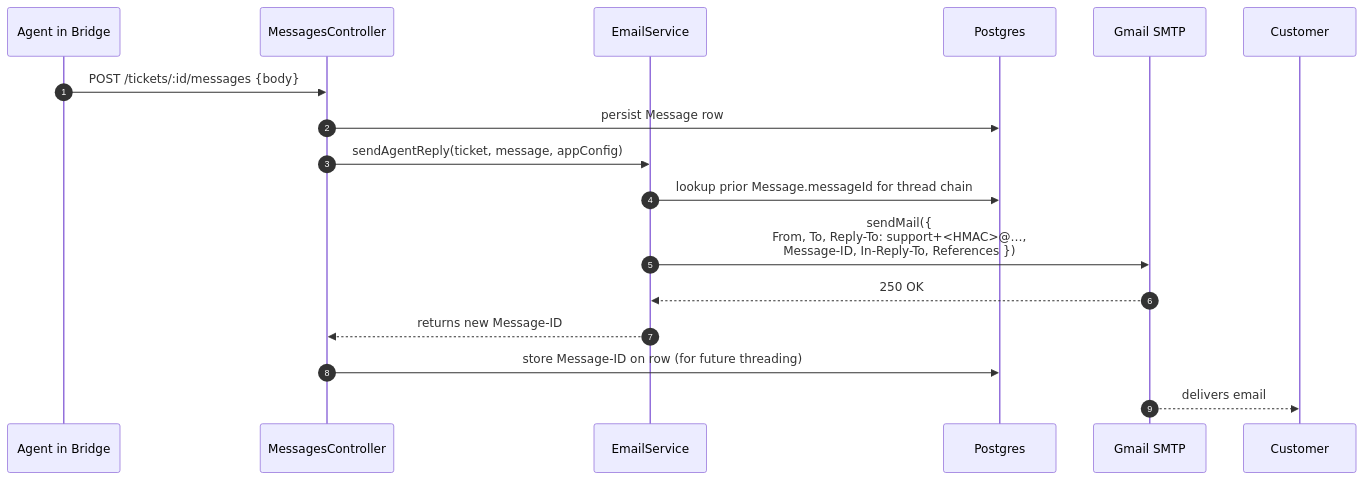
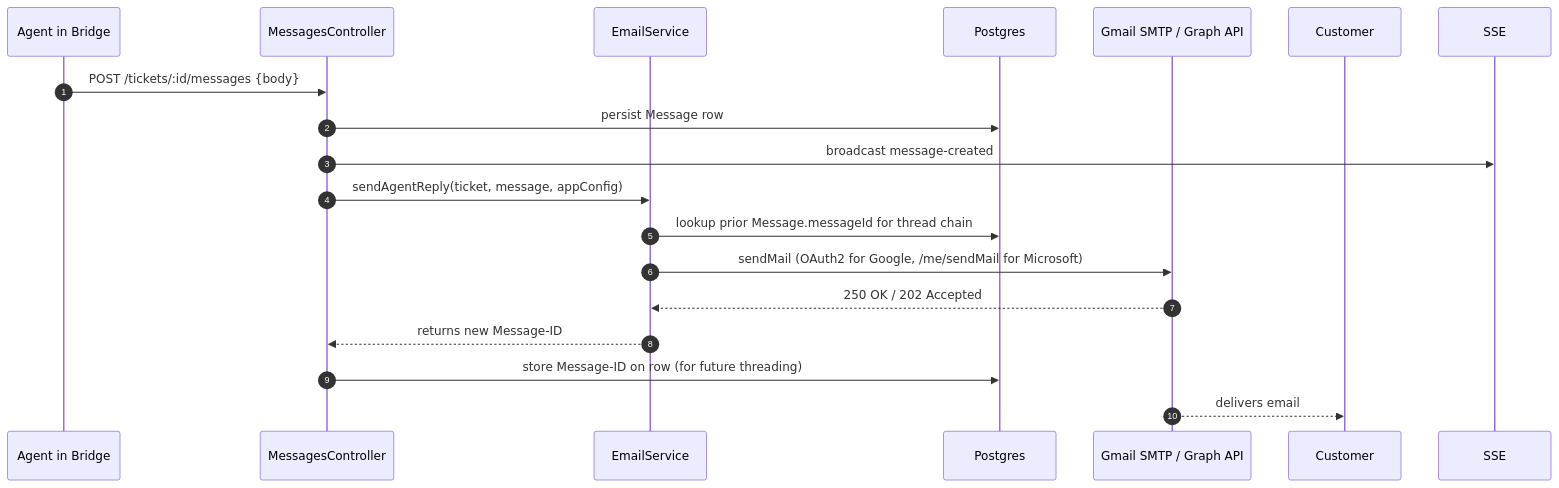
Before and after one commit to Vignesh-Siva96/tmr_athena: the third of 3 diagrams in docs/atlas/email.md, drawn with Mermaid. The commit also changed other lines of this file and 74 other files, not shown here.

Commit message:
migrated imap idle to Gmail Rest APi

````diff
--- a/docs/atlas/email.md
+++ b/docs/atlas/email.md
@@ -64,20 +88,21 @@
 ```mermaid
 sequenceDiagram
   autonumber
   participant Agent as Agent in Bridge
   participant API as MessagesController
   participant Email as EmailService
   participant DB as Postgres
-  participant SMTP as Gmail SMTP
+  participant SMTP as Gmail SMTP / Graph API
   participant Customer
 
   Agent->>API: POST /tickets/:id/messages {body}
   API->>DB: persist Message row
+  API->>SSE: broadcast message-created
   API->>Email: sendAgentReply(ticket, message, appConfig)
   Email->>DB: lookup prior Message.messageId for thread chain
-  Email->>SMTP: sendMail({<br/>From, To, Reply-To: support+<HMAC>@…,<br/>Message-ID, In-Reply-To, References })
-  SMTP-->>Email: 250 OK
+  Email->>SMTP: sendMail (OAuth2 for Google, /me/sendMail for Microsoft)
+  SMTP-->>Email: 250 OK / 202 Accepted
   Email-->>API: returns new Message-ID
   API->>DB: store Message-ID on row (for future threading)
   SMTP-->>Customer: delivers email
 ```
````
